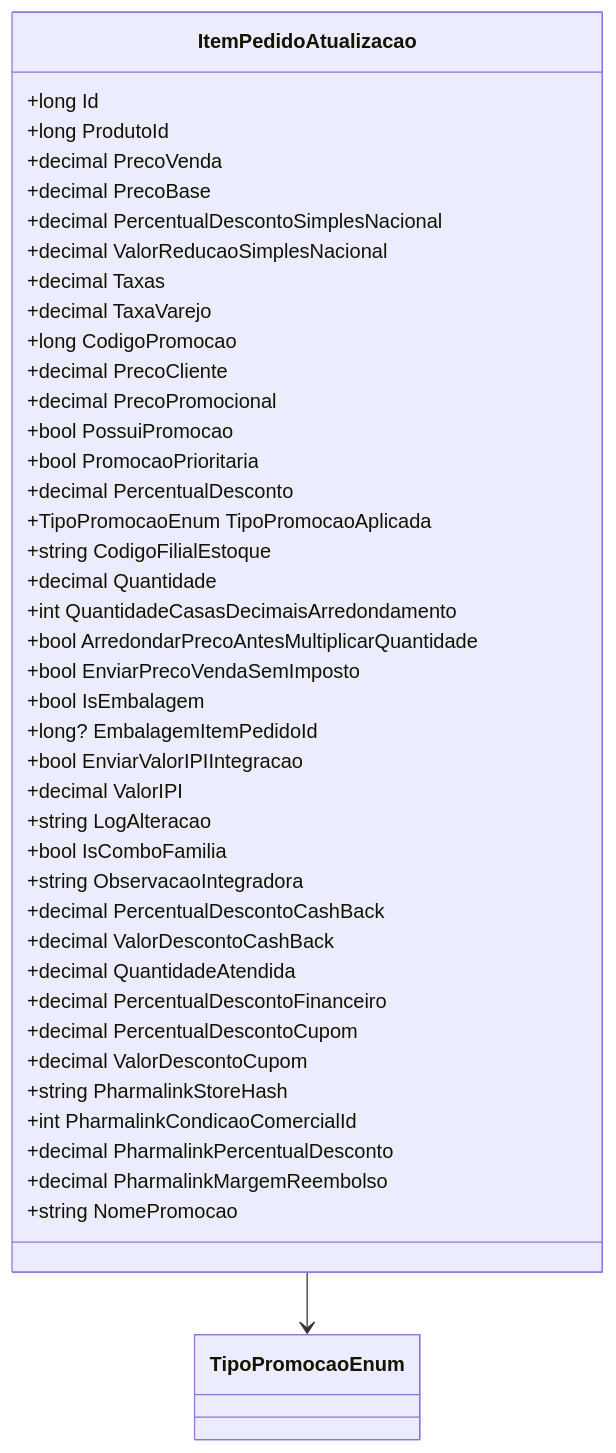
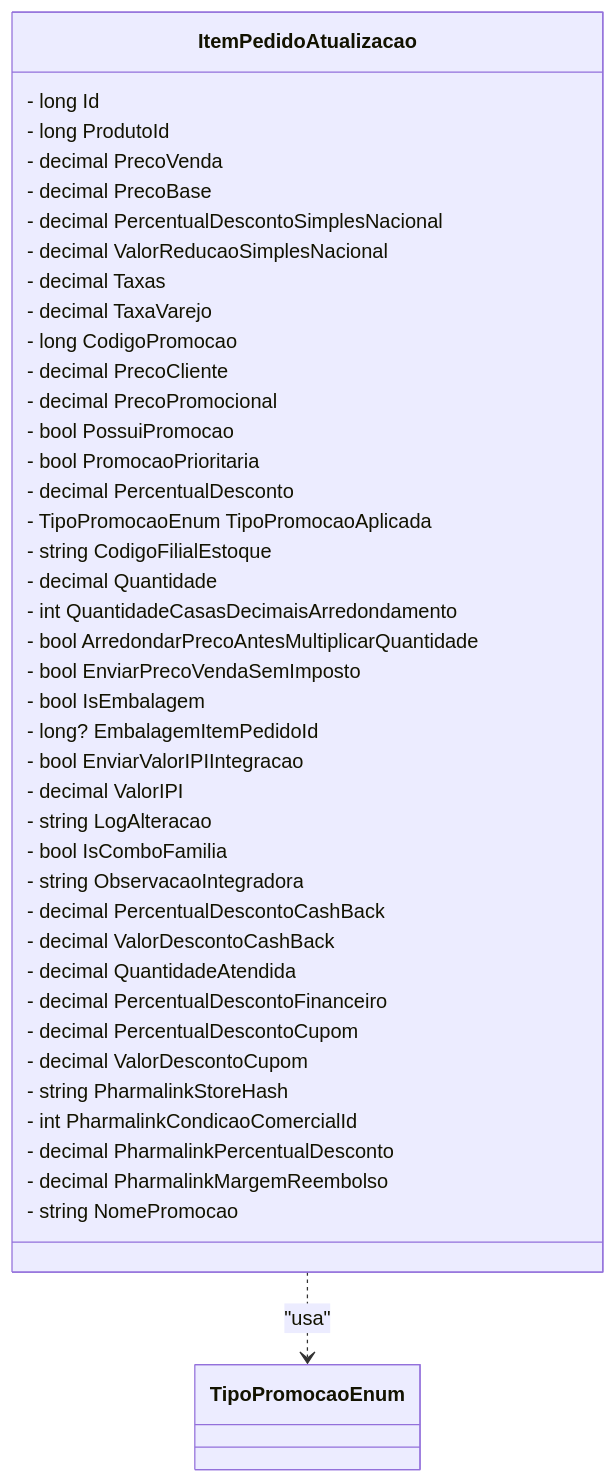
One commit to IsthmusSistemas/documentacao-tecnica changed the diagram in docs/b2b-dominio/IsthmusWinthor.Nucleo/IsthmusWinthor.Dominio/POCO/Pedidos/ItemPedidoAtualizacao.md. Above: the diagram before and after it, drawn with Mermaid. The commit also changed other lines of this file and 882 other files, not shown here.

````diff
--- a/docs/b2b-dominio/IsthmusWinthor.Nucleo/IsthmusWinthor.Dominio/POCO/Pedidos/ItemPedidoAtualizacao.md
+++ b/docs/b2b-dominio/IsthmusWinthor.Nucleo/IsthmusWinthor.Dominio/POCO/Pedidos/ItemPedidoAtualizacao.md
@@ -40,44 +30,44 @@
 ```mermaid
 classDiagram
     class ItemPedidoAtualizacao {
-        +long Id
-        +long ProdutoId
-        +decimal PrecoVenda
-        +decimal PrecoBase
-        +decimal PercentualDescontoSimplesNacional
-        +decimal ValorReducaoSimplesNacional
-        +decimal Taxas
-        +decimal TaxaVarejo
-        +long CodigoPromocao
-        +decimal PrecoCliente
-        +decimal PrecoPromocional
-        +bool PossuiPromocao
-        +bool PromocaoPrioritaria
-        +decimal PercentualDesconto
-        +TipoPromocaoEnum TipoPromocaoAplicada
-        +string CodigoFilialEstoque
-        +decimal Quantidade
-        +int QuantidadeCasasDecimaisArredondamento
-        +bool ArredondarPrecoAntesMultiplicarQuantidade
-        +bool EnviarPrecoVendaSemImposto
-        +bool IsEmbalagem
-        +long? EmbalagemItemPedidoId
-        +bool EnviarValorIPIIntegracao
-        +decimal ValorIPI
-        +string LogAlteracao
-        +bool IsComboFamilia
-        +string ObservacaoIntegradora
-        +decimal PercentualDescontoCashBack
-        +decimal ValorDescontoCashBack
-        +decimal QuantidadeAtendida
-        +decimal PercentualDescontoFinanceiro
-        +decimal PercentualDescontoCupom
-        +decimal ValorDescontoCupom
-        +string PharmalinkStoreHash
-        +int PharmalinkCondicaoComercialId
-        +decimal PharmalinkPercentualDesconto
-        +decimal PharmalinkMargemReembolso
-        +string NomePromocao
+        - long Id
+        - long ProdutoId
+        - decimal PrecoVenda
+        - decimal PrecoBase
+        - decimal PercentualDescontoSimplesNacional
+        - decimal ValorReducaoSimplesNacional
+        - decimal Taxas
+        - decimal TaxaVarejo
+        - long CodigoPromocao
+        - decimal PrecoCliente
+        - decimal PrecoPromocional
+        - bool PossuiPromocao
+        - bool PromocaoPrioritaria
+        - decimal PercentualDesconto
+        - TipoPromocaoEnum TipoPromocaoAplicada
+        - string CodigoFilialEstoque
+        - decimal Quantidade
+        - int QuantidadeCasasDecimaisArredondamento
+        - bool ArredondarPrecoAntesMultiplicarQuantidade
+        - bool EnviarPrecoVendaSemImposto
+        - bool IsEmbalagem
+        - long? EmbalagemItemPedidoId
+        - bool EnviarValorIPIIntegracao
+        - decimal ValorIPI
+        - string LogAlteracao
+        - bool IsComboFamilia
+        - string ObservacaoIntegradora
+        - decimal PercentualDescontoCashBack
+        - decimal ValorDescontoCashBack
+        - decimal QuantidadeAtendida
+        - decimal PercentualDescontoFinanceiro
+        - decimal PercentualDescontoCupom
+        - decimal ValorDescontoCupom
+        - string PharmalinkStoreHash
+        - int PharmalinkCondicaoComercialId
+        - decimal PharmalinkPercentualDesconto
+        - decimal PharmalinkMargemReembolso
+        - string NomePromocao
     }
-    ItemPedidoAtualizacao --> TipoPromocaoEnum
+    ItemPedidoAtualizacao ..> TipoPromocaoEnum : "usa"
 ```
````
